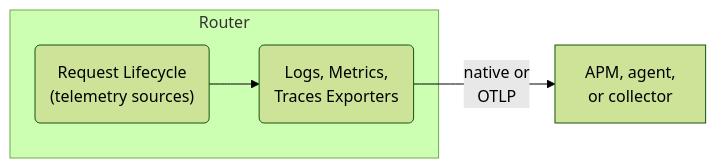
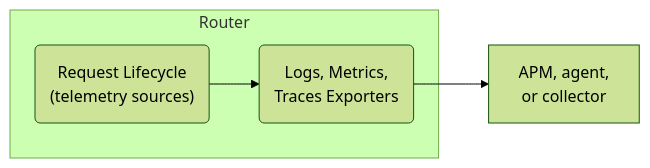
One commit to apollographql/router changed the diagram in docs/source/routing/observability/telemetry.mdx. Above: the diagram before and after it, drawn with Mermaid (forest theme). The commit also changed other lines of this file, not shown here.

````diff
--- a/docs/source/routing/observability/telemetry.mdx
+++ b/docs/source/routing/observability/telemetry.mdx
@@ -14,12 +23,12 @@
 ```mermaid
 flowchart LR
     subgraph Router
     lifecycle("Request Lifecycle<br/>(telemetry sources)")
     exporters("Logs, Metrics,<br/>Traces Exporters")
     lifecycle-->exporters
     end
 
     apms["APM, agent,<br/>or collector"]
-    exporters--"native or<br/>OTLP"-->apms
+    exporters-->apms
 
 ```
````
